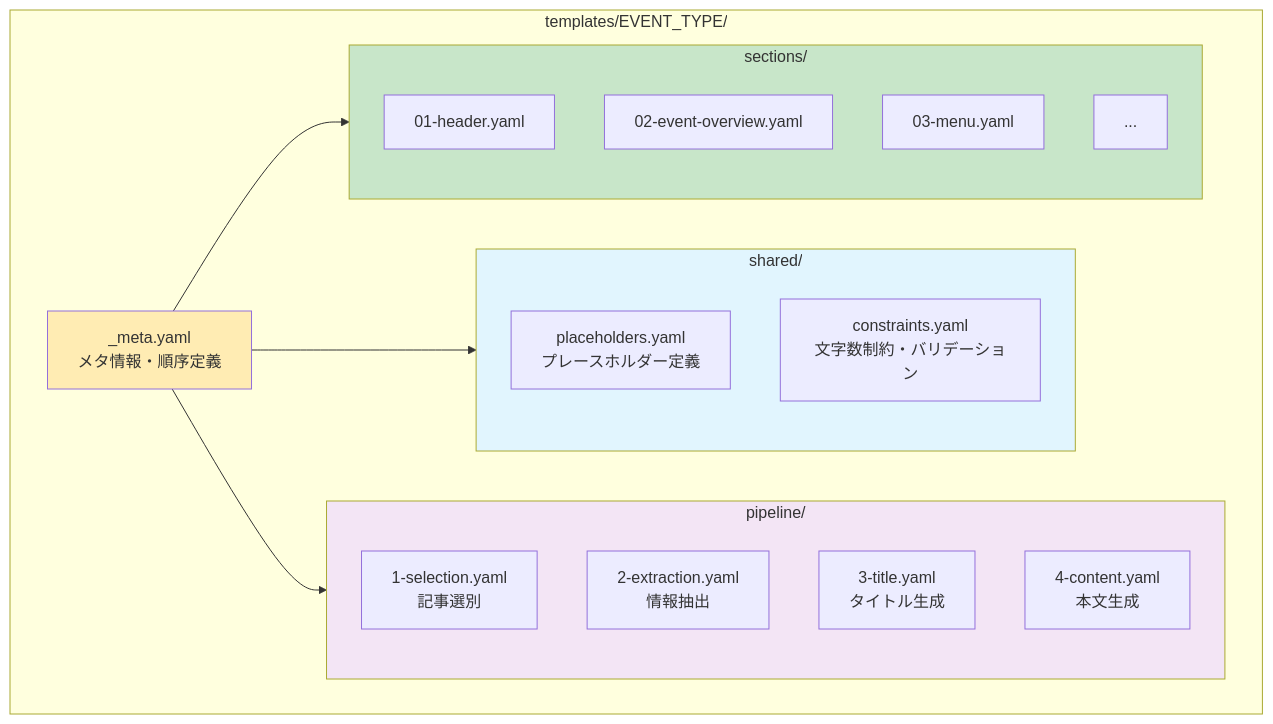
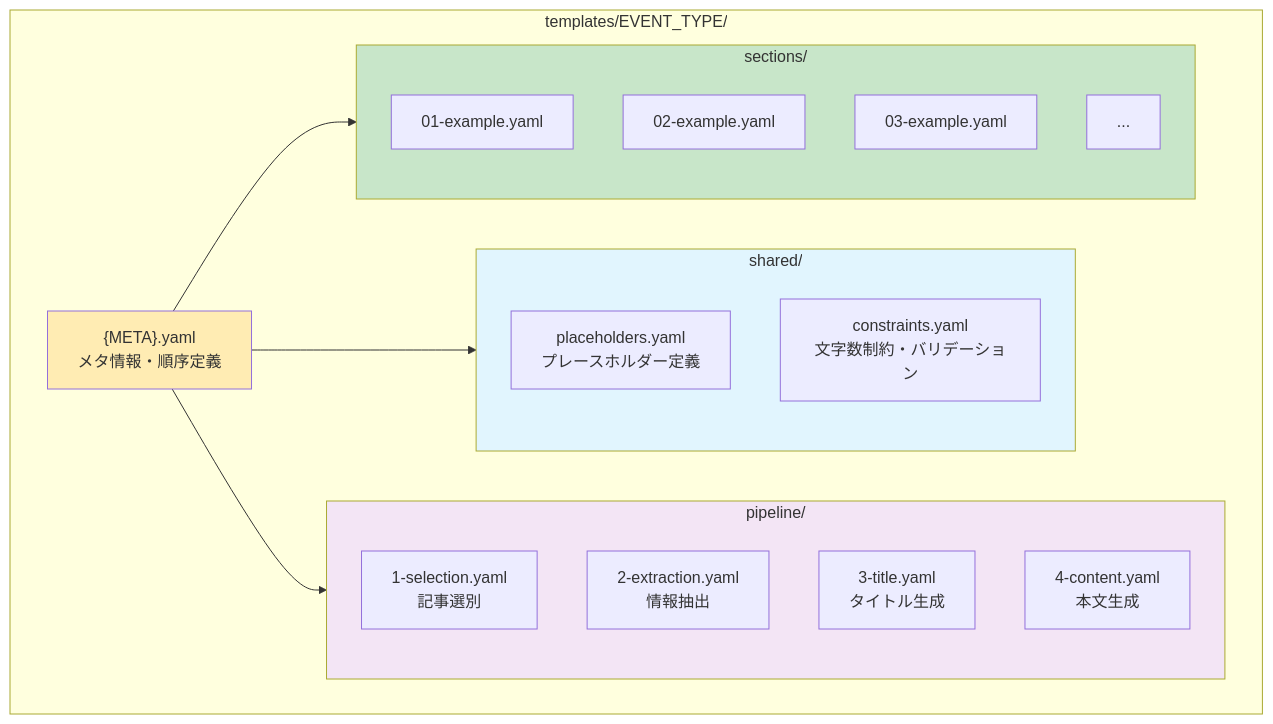
The fourth of 7 diagrams in README.md (thanks2music/revolution), drawn with Mermaid before and after one commit. The commit also changed other lines of this file and 1 other file, not shown here.

Commit message:
📝 docs: update main features section with MDX-based architecture

````diff
--- a/README.md
+++ b/README.md
@@ -394,34 +333,34 @@
 ```mermaid
 graph TB
     subgraph Templates["templates/EVENT_TYPE/"]
-        META["_meta.yaml<br/>メタ情報・順序定義"]
+        META["{META}.yaml<br/>メタ情報・順序定義"]
 
         subgraph Shared["shared/"]
             PH["placeholders.yaml<br/>プレースホルダー定義"]
             CONS["constraints.yaml<br/>文字数制約・バリデーション"]
         end
 
         subgraph Pipeline["pipeline/"]
             P1["1-selection.yaml<br/>記事選別"]
             P2["2-extraction.yaml<br/>情報抽出"]
             P3["3-title.yaml<br/>タイトル生成"]
             P4["4-content.yaml<br/>本文生成"]
         end
 
         subgraph Sections["sections/"]
-            S1["01-header.yaml"]
-            S2["02-event-overview.yaml"]
-            S3["03-menu.yaml"]
+            S1["01-example.yaml"]
+            S2["02-example.yaml"]
+            S3["03-example.yaml"]
             S4["..."]
         end
     end
 
     META --> Shared
     META --> Pipeline
     META --> Sections
 
     style META fill:#ffecb3
     style Shared fill:#e1f5fe
     style Pipeline fill:#f3e5f5
     style Sections fill:#c8e6c9
 ```
````
